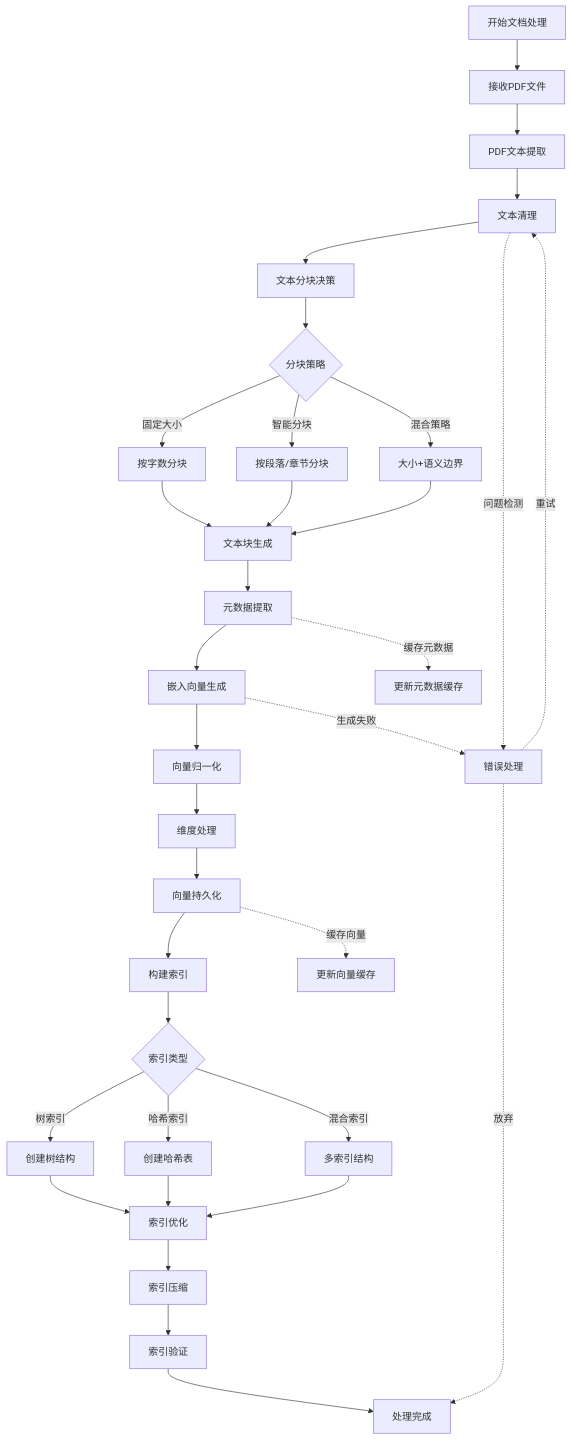
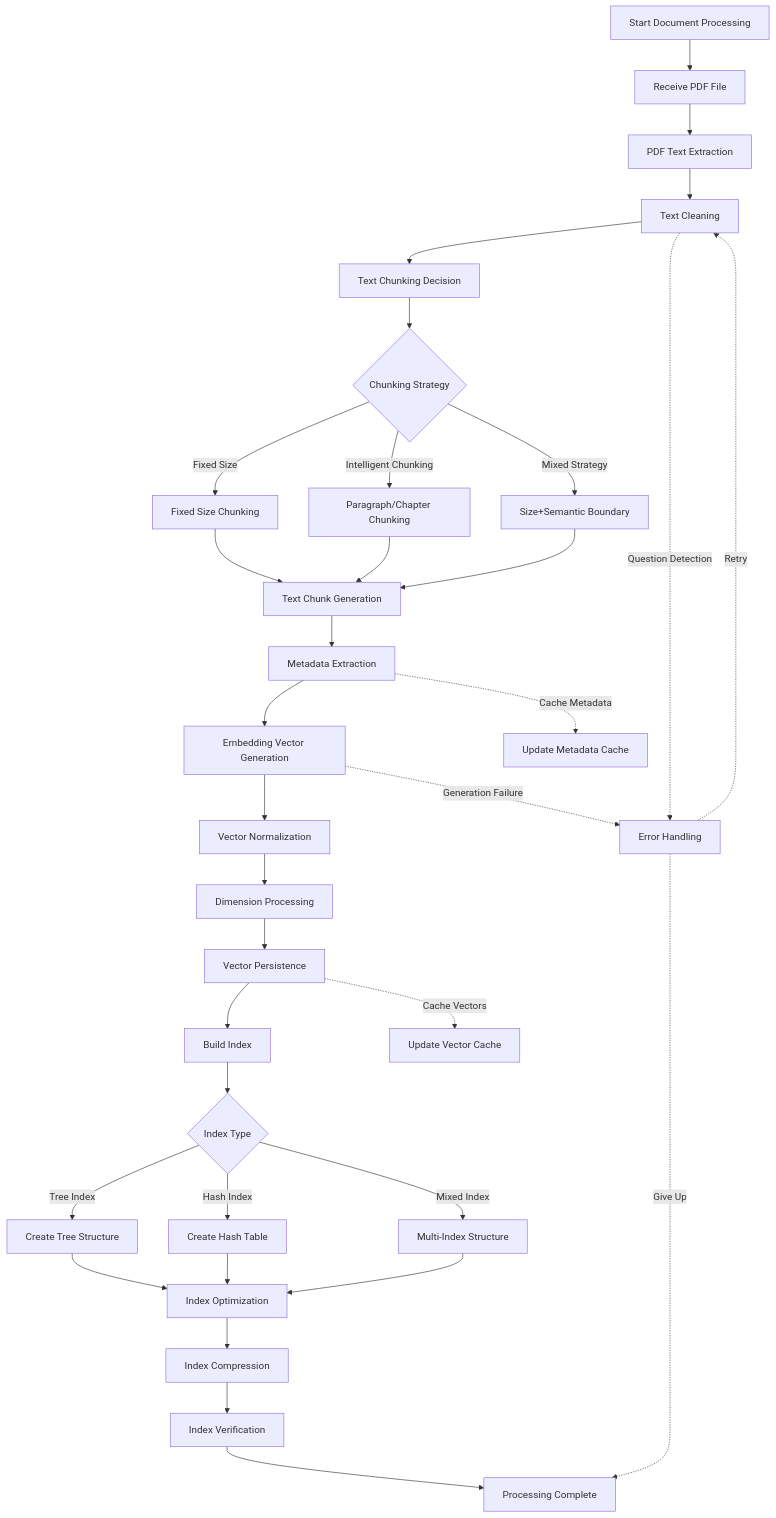
One commit to zking2000/gemini-vector-search changed the ninth of 10 diagrams in README.md. Above: the diagram before and after it, drawn with Mermaid. The commit also changed other lines of this file and 13 other files, not shown here.

````diff
--- a/README.md
+++ b/README.md
@@ -875,55 +866,55 @@
 ```mermaid
 graph TB
-    %% 入口
-    Start[开始文档处理] --> P1[接收PDF文件]
+    %% Entry
+    Start[Start Document Processing] --> P1[Receive PDF File]
     
-    %% PDF处理
-    P1 --> P2[PDF文本提取]
-    P2 --> P3[文本清理]
-    P3 --> P4[文本分块决策]
+    %% PDF Processing
+    P1 --> P2[PDF Text Extraction]
+    P2 --> P3[Text Cleaning]
+    P3 --> P4[Text Chunking Decision]
     
-    %% 分块策略
-    P4 --> PS1{分块策略}
-    PS1 -->|固定大小| PS2[按字数分块]
-    PS1 -->|智能分块| PS3[按段落/章节分块]
-    PS1 -->|混合策略| PS4[大小+语义边界]
+    %% Chunking Strategy
+    P4 --> PS1{Chunking Strategy}
+    PS1 -->|Fixed Size| PS2[Fixed Size Chunking]
+    PS1 -->|Intelligent Chunking| PS3[Paragraph/Chapter Chunking]
+    PS1 -->|Mixed Strategy| PS4[Size+Semantic Boundary]
     
-    %% 块处理
-    PS2 --> P5[文本块生成]
+    %% Chunk Processing
+    PS2 --> P5[Text Chunk Generation]
     PS3 --> P5
     PS4 --> P5
-    P5 --> P6[元数据提取]
-    P6 --> P7[嵌入向量生成]
+    P5 --> P6[Metadata Extraction]
+    P6 --> P7[Embedding Vector Generation]
     
-    %% 嵌入向量处理
-    P7 --> V1[向量归一化]
-    V1 --> V2[维度处理]
-    V2 --> V3[向量持久化]
+    %% Embedding Vector Processing
+    P7 --> V1[Vector Normalization]
+    V1 --> V2[Dimension Processing]
+    V2 --> V3[Vector Persistence]
     
-    %% 索引构建
-    V3 --> I1[构建索引]
-    I1 --> I2{索引类型}
-    I2 -->|树索引| I3[创建树结构]
-    I2 -->|哈希索引| I4[创建哈希表]
-    I2 -->|混合索引| I5[多索引结构]
+    %% Index Building
+    V3 --> I1[Build Index]
+    I1 --> I2{Index Type}
+    I2 -->|Tree Index| I3[Create Tree Structure]
+    I2 -->|Hash Index| I4[Create Hash Table]
+    I2 -->|Mixed Index| I5[Multi-Index Structure]
     
-    %% 索引优化
-    I3 --> I6[索引优化]
+    %% Index Optimization
+    I3 --> I6[Index Optimization]
     I4 --> I6
     I5 --> I6
-    I6 --> I7[索引压缩]
-    I7 --> I8[索引验证]
+    I6 --> I7[Index Compression]
+    I7 --> I8[Index Verification]
     
-    %% 结束
-    I8 --> End[处理完成]
+    %% End
+    I8 --> End[Processing Complete]
     
-    %% 额外操作
-    P3 -.->|问题检测| E1[错误处理]
-    P7 -.->|生成失败| E1
-    E1 -.->|重试| P3
-    E1 -.->|放弃| End
+    %% Additional Operations
+    P3 -.->|Question Detection| E1[Error Handling]
+    P7 -.->|Generation Failure| E1
+    E1 -.->|Retry| P3
+    E1 -.->|Give Up| End
     
-    %% 缓存
-    P6 -.->|缓存元数据| C1[更新元数据缓存]
-    V3 -.->|缓存向量| C2[更新向量缓存]
+    %% Cache
+    P6 -.->|Cache Metadata| C1[Update Metadata Cache]
+    V3 -.->|Cache Vectors| C2[Update Vector Cache]
 ```
````
